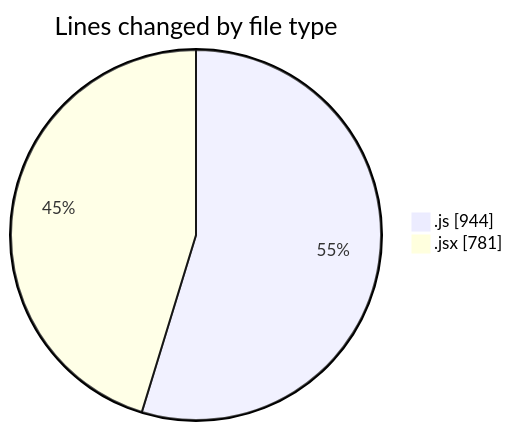
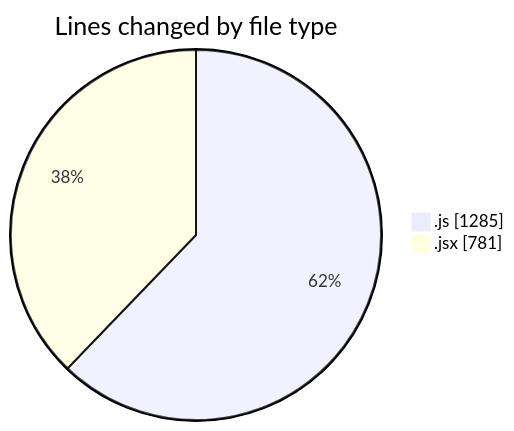
The first of 2 diagrams in 2025-09-11/nxtqube_webapp/README.md (nxtqubesakshisongat/code-tracking), drawn with Mermaid before and after one commit. The commit also changed other lines of this file and 1 other file, not shown here.

````diff
--- a/2025-09-11/nxtqube_webapp/README.md
+++ b/2025-09-11/nxtqube_webapp/README.md
@@ -21,6 +21,6 @@
 ```mermaid
 pie showData
 title Lines changed by file type
-".js" : 944
+".js" : 1285
 ".jsx" : 781
 ```
````
